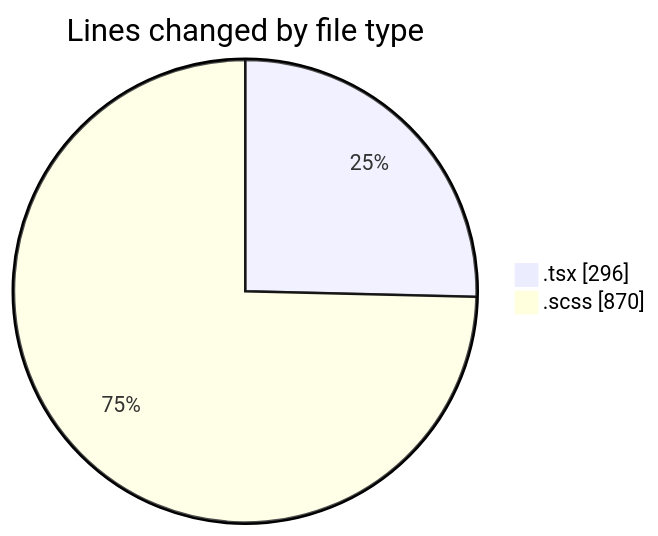
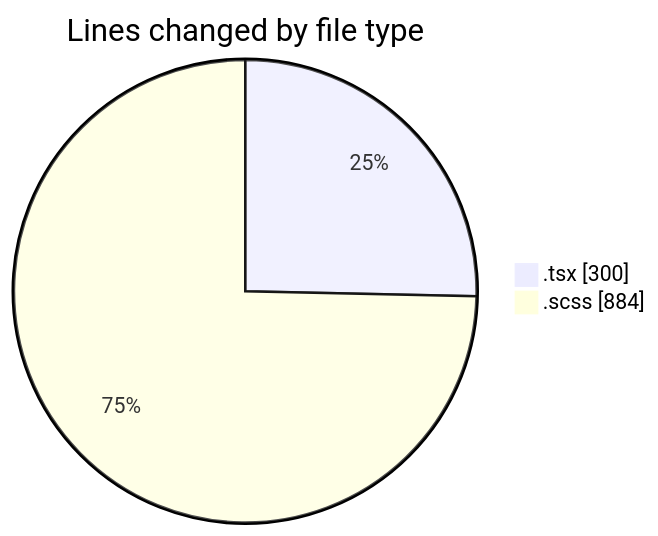
Before and after one commit to momahboobian/code-tracking: the first of 2 diagrams in 2025-09-19/cda/README.md, drawn with Mermaid. The commit also changed other lines of this file and 1 other file, not shown here.

````diff
--- a/2025-09-19/cda/README.md
+++ b/2025-09-19/cda/README.md
@@ -21,6 +21,6 @@
 ```mermaid
 pie showData
 title Lines changed by file type
-".tsx" : 296
-".scss" : 870
+".tsx" : 300
+".scss" : 884
 ```
````
